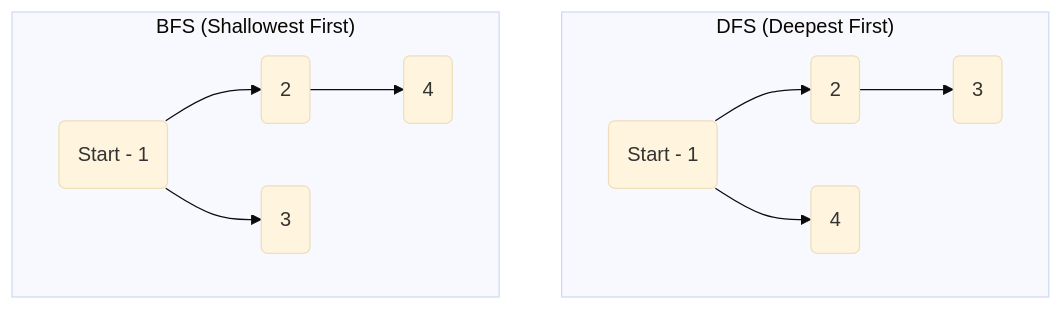
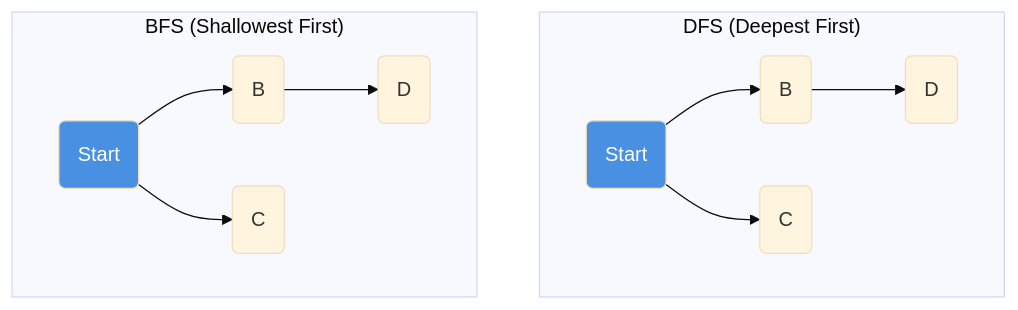
The first of 4 diagrams in _posts/2025-08-08-ai-search-algorithms-a-z.md (eltay89/eltay89.github.io), drawn with Mermaid before and after one commit. The commit also changed other lines of this file, not shown here.

````diff
--- a/_posts/2025-08-08-ai-search-algorithms-a-z.md
+++ b/_posts/2025-08-08-ai-search-algorithms-a-z.md
@@ -84,13 +84,16 @@
 ```mermaid
 %%{ init: { 'theme': 'base' } }%%
 graph TD
     subgraph "DFS (Deepest First)"
-        A1(Start - 1) --> B2(2) --> D3(3)
-        A1 --> C4(4)
+        A1("Start") --> B2("B") --> D3("D");
+        A1 --> C4("C");
     end
     subgraph "BFS (Shallowest First)"
-        A1b(Start - 1) --> B2b(2)
-        A1b --> C3b(3)
-        B2b --> D4b(4)
+        A1b("Start") --> B2b("B");
+        A1b --> C3b("C");
+        B2b --> D4b("D");
     end
+
+    style A1 fill:#4a90e2,color:#fff
+    style A1b fill:#4a90e2,color:#fff
 ```
````
